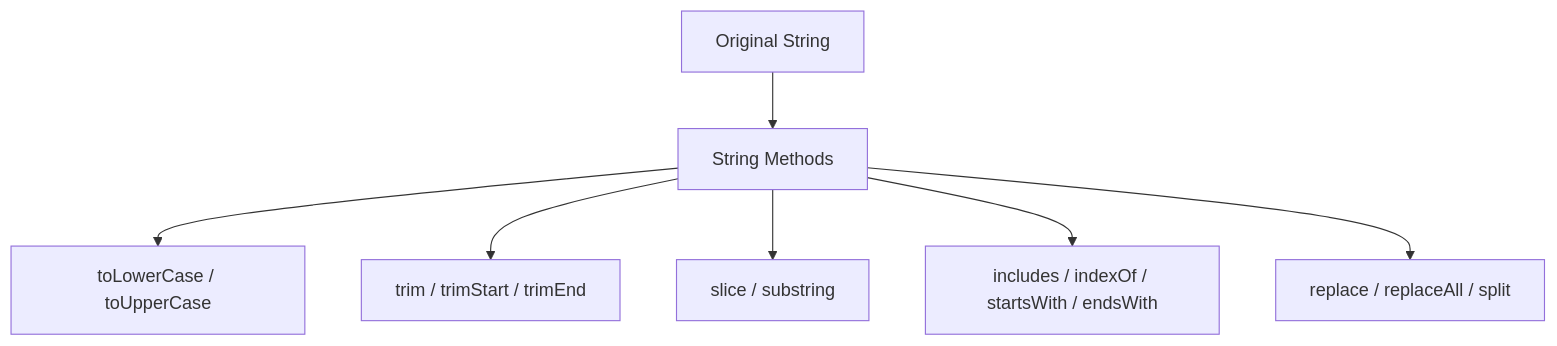
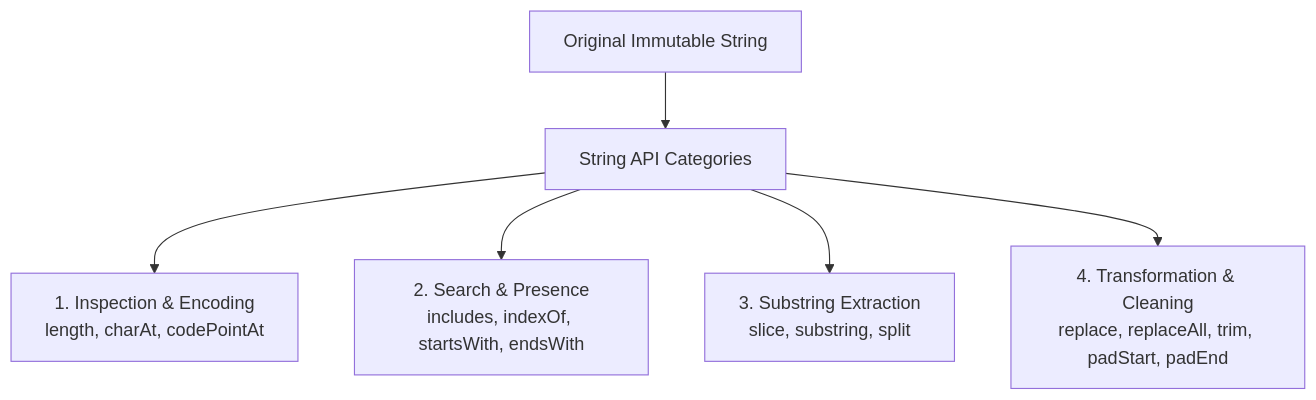
Before and after one commit to Amie-dev/engineering-playbook: the first of 3 diagrams in js-notes/05-strings.md, drawn with Mermaid. The commit also changed other lines of this file and 42 other files, not shown here.

````diff
--- a/js-notes/05-strings.md
+++ b/js-notes/05-strings.md
@@ -10,9 +15,9 @@
 ```mermaid
-graph TD
-    Str[Original String] --> Transform[String Methods]
-    Transform --> Case[toLowerCase / toUpperCase]
-    Transform --> Trim[trim / trimStart / trimEnd]
-    Transform --> Extract[slice / substring]
-    Transform --> Search[includes / indexOf / startsWith / endsWith]
-    Transform --> Modify[replace / replaceAll / split]
+flowchart TD
+    Str[Original Immutable String] --> Methods[String API Categories]
+    
+    Methods --> Inspect[1. Inspection & Encoding<br/>length, charAt, codePointAt]
+    Methods --> Search[2. Search & Presence<br/>includes, indexOf, startsWith, endsWith]
+    Methods --> Extract[3. Substring Extraction<br/>slice, substring, split]
+    Methods --> Transform[4. Transformation & Cleaning<br/>replace, replaceAll, trim, padStart, padEnd]
 ```
````
